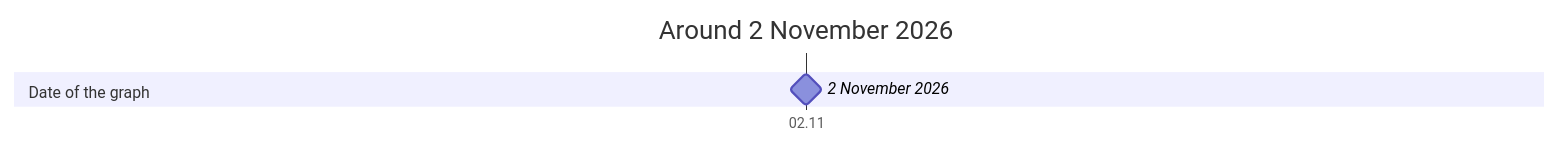
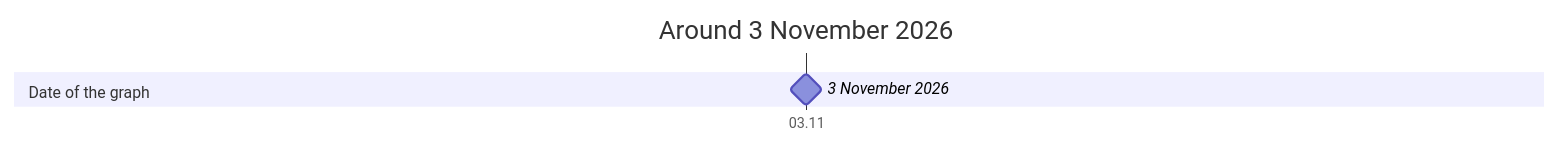
The diagram in docs/timeline.md (advancedcognitivesystems-ai/trame), drawn with Mermaid before and after one commit. The commit also changed other lines of this file and 84 other files, not shown here.

````diff
--- a/docs/timeline.md
+++ b/docs/timeline.md
@@ -5,8 +5,8 @@
 ```mermaid
 gantt
   dateFormat YYYY-MM-DD
   axisFormat %d.%m
-  title Around 2 November 2026
+  title Around 3 November 2026
   section Date of the graph
-    2 November 2026 : milestone, 2026-11-02, 0d
+    3 November 2026 : milestone, 2026-11-03, 0d
 ```
````
